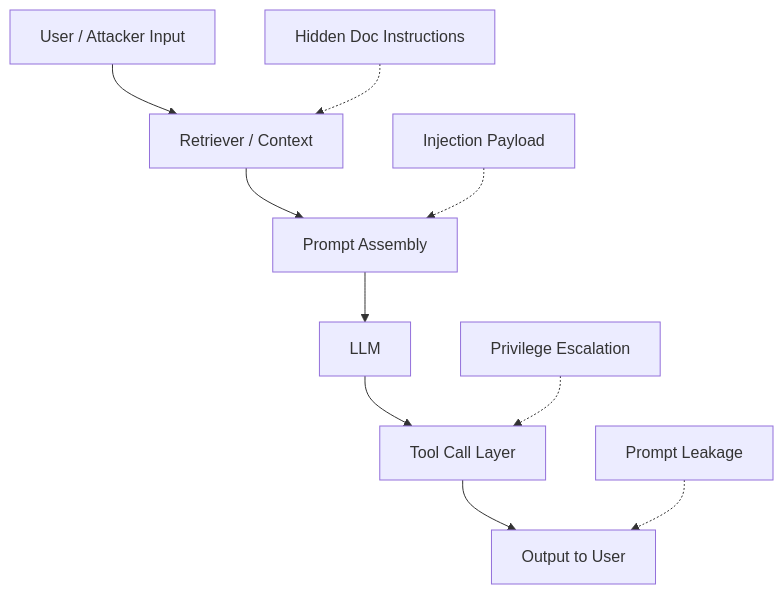
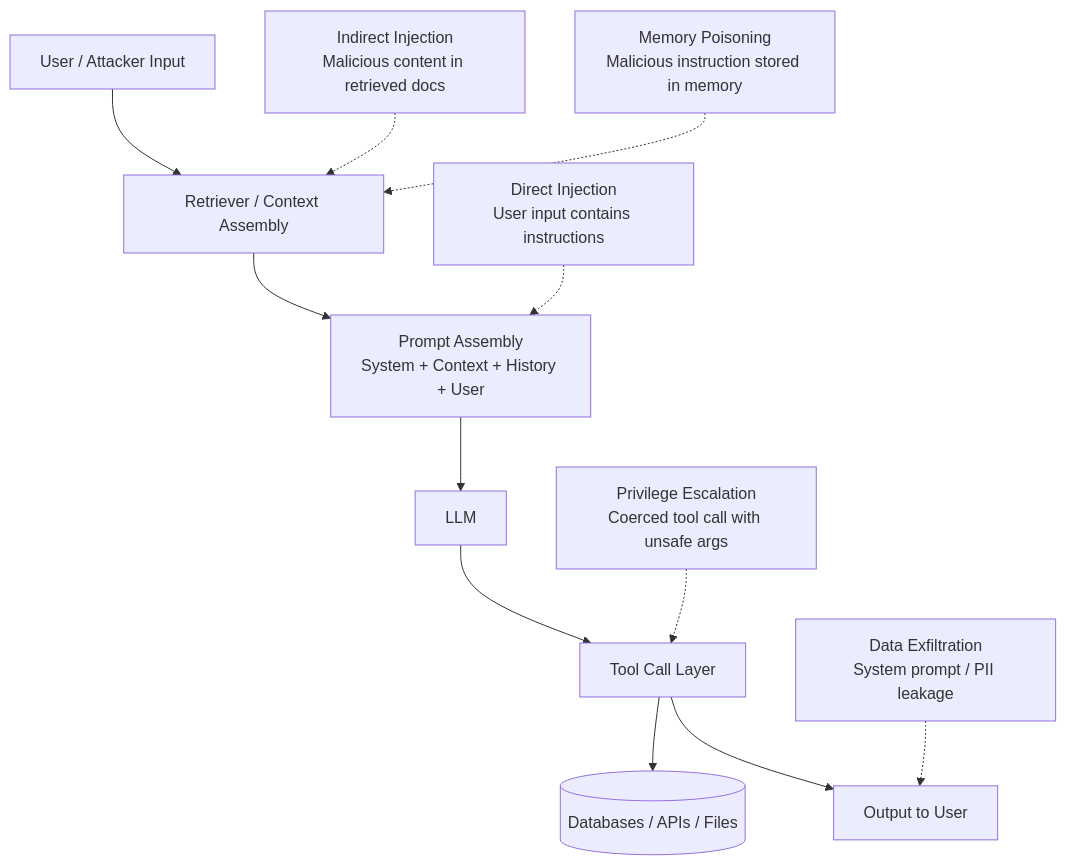
Before and after one commit to ashishpatel26/QA-For-AI-Product: the first of 2 diagrams in cookbook-site/docs/04-real-world-attacks.md, drawn with Mermaid. The commit also changed other lines of this file and 16 other files, not shown here.

````diff
--- a/cookbook-site/docs/04-real-world-attacks.md
+++ b/cookbook-site/docs/04-real-world-attacks.md
@@ -13,13 +18,15 @@
 ```mermaid
 flowchart TB
-  U[User / Attacker Input] --> R[Retriever / Context]
-  R --> P[Prompt Assembly]
+  U[User / Attacker Input] --> R[Retriever / Context Assembly]
+  R --> P[Prompt Assembly\nSystem + Context + History + User]
   P --> L[LLM]
   L --> T[Tool Call Layer]
+  T --> DB[(Databases / APIs / Files)]
   T --> O[Output to User]
 
-  A1[Injection Payload] -.-> P
-  A2[Hidden Doc Instructions] -.-> R
-  A3[Privilege Escalation] -.-> T
-  A4[Prompt Leakage] -.-> O
+  A1[Direct Injection\nUser input contains instructions] -.-> P
+  A2[Indirect Injection\nMalicious content in retrieved docs] -.-> R
+  A3[Privilege Escalation\nCoerced tool call with unsafe args] -.-> T
+  A4[Data Exfiltration\nSystem prompt / PII leakage] -.-> O
+  A5[Memory Poisoning\nMalicious instruction stored in memory] -.-> R
 ```
````
